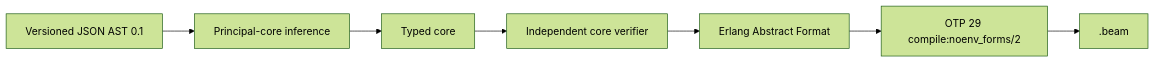
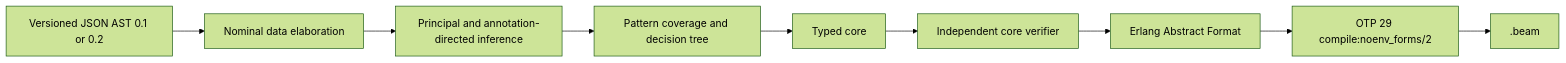
The diagram in README.md (pcharbon70/catena), drawn with Mermaid (forest theme) before and after one commit. The commit also changed other lines of this file and 22 other files, not shown here.

Commit message:
feat: add algebraic data types and pattern matching

````diff
--- a/README.md
+++ b/README.md
@@ -46,9 +46,11 @@
 ```mermaid
 flowchart LR
-    JSON[Versioned JSON AST 0.1] --> W[Principal-core inference]
-    W --> TC[Typed core]
+    JSON[Versioned JSON AST 0.1 or 0.2] --> D[Nominal data elaboration]
+    D --> W[Principal and annotation-directed inference]
+    W --> C[Pattern coverage and decision tree]
+    C --> TC[Typed core]
     TC --> V[Independent core verifier]
     V --> EAF[Erlang Abstract Format]
     EAF --> OTP[OTP 29 compile:noenv_forms/2]
     OTP --> BEAM[.beam]
 ```
````
